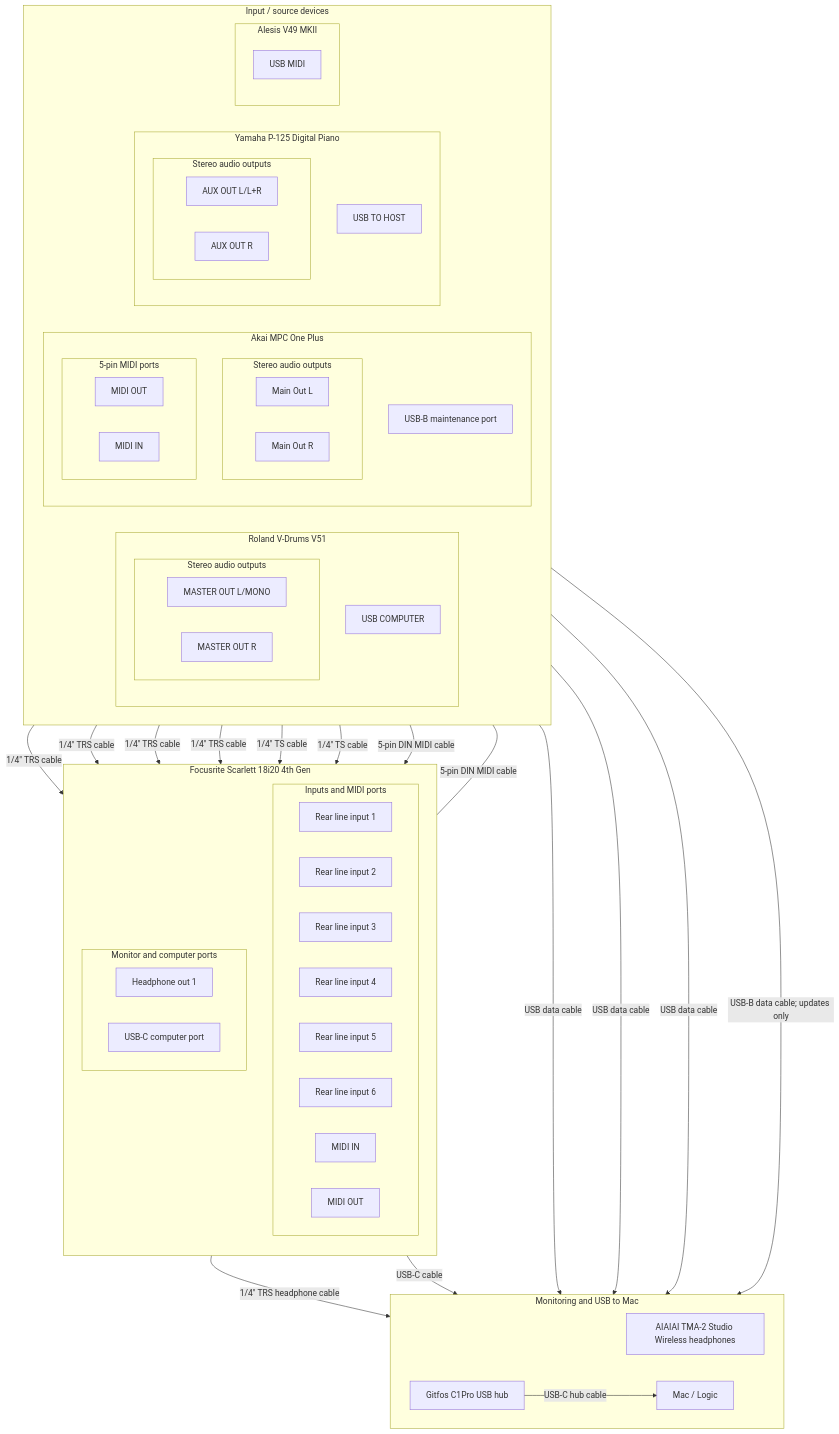
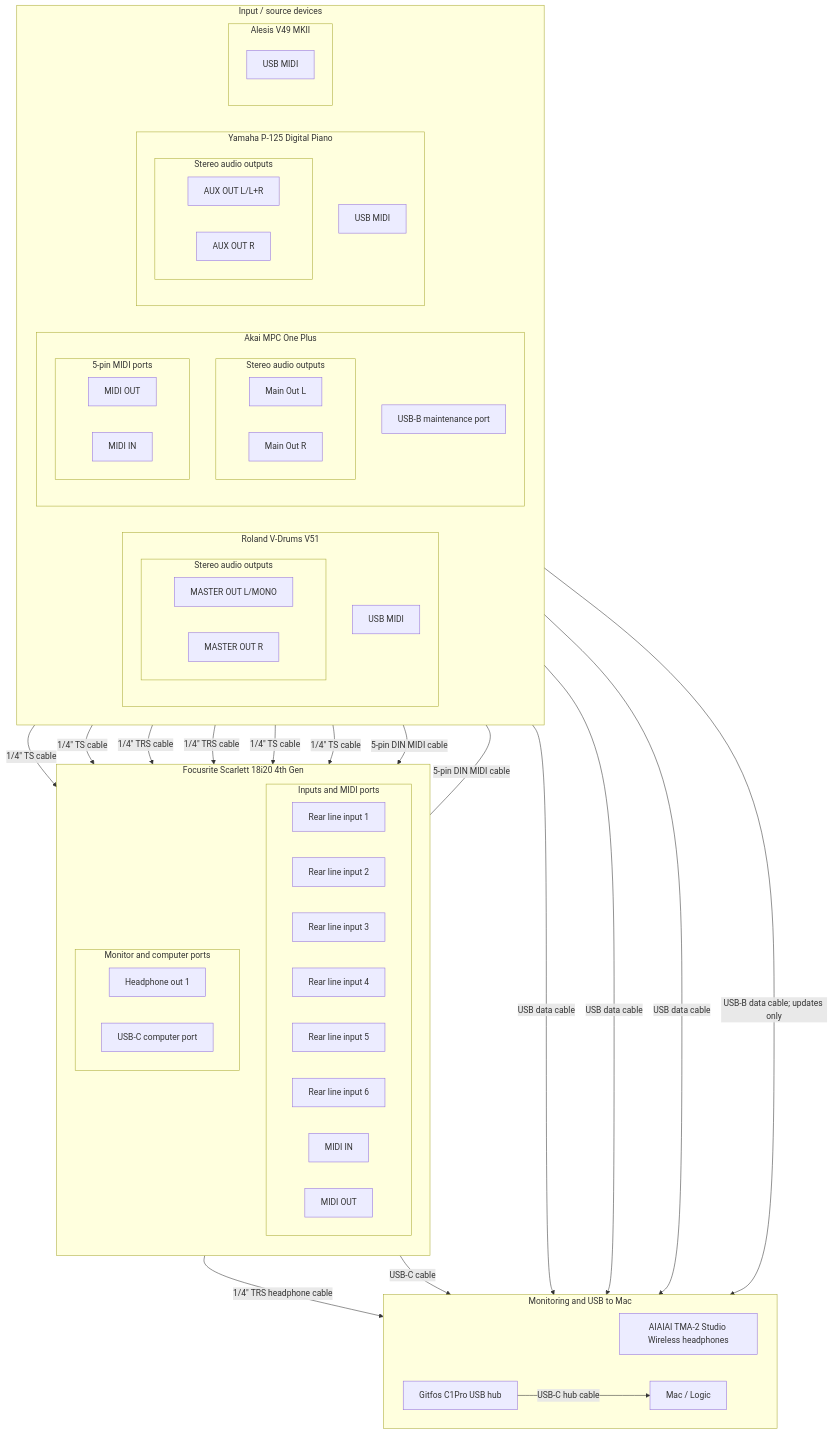
One commit to thewoolleyman/music-studio changed the first of 2 diagrams in AGENTS.md. Above: the diagram before and after it, drawn with Mermaid. The commit also changed other lines of this file and 1 other file, not shown here.

Commit message:
Normalize USB MIDI terminology

```diff
--- a/AGENTS.md
+++ b/AGENTS.md
@@ -110,7 +111,7 @@
                 V51OutL["MASTER OUT L/MONO"]
                 V51OutR["MASTER OUT R"]
             end
-            V51USB["USB COMPUTER"]
+            V51USB["USB MIDI"]
         end
 
         subgraph MPC["Akai MPC One Plus"]
@@ -135,7 +136,7 @@
                 YamahaOutL["AUX OUT L/L+R"]
                 YamahaOutR["AUX OUT R"]
             end
-            YamahaUSB["USB TO HOST"]
+            YamahaUSB["USB MIDI"]
         end
 
         subgraph Alesis["Alesis V49 MKII"]
@@ -172,8 +173,8 @@
         Logic["Mac / Logic"]
     end
 
-    V51OutL -->|1/4&quot; TRS cable| ScarlettIn1
-    V51OutR -->|1/4&quot; TRS cable| ScarlettIn2
+    V51OutL -->|1/4&quot; TS cable| ScarlettIn1
+    V51OutR -->|1/4&quot; TS cable| ScarlettIn2
     MPCL -->|1/4&quot; TRS cable| ScarlettIn3
     MPCR -->|1/4&quot; TRS cable| ScarlettIn4
     YamahaOutL -->|1/4&quot; TS cable| ScarlettIn5
```
